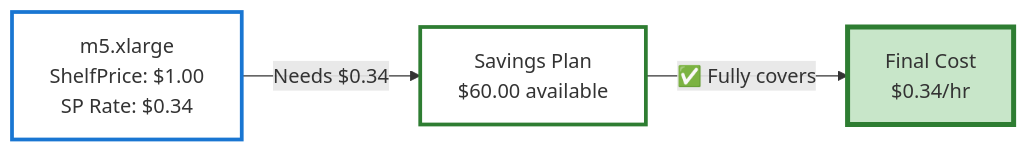
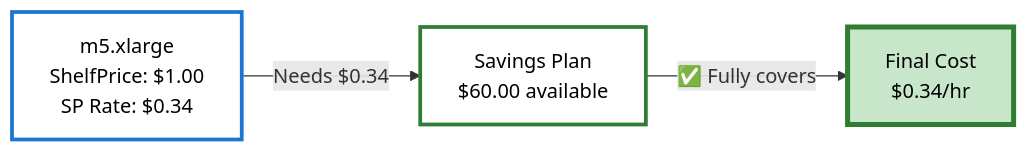
The fourth of 8 diagrams in ALGORITHM.md (Nextdoor/lumina), drawn with Mermaid before and after one commit. The commit also changed other lines of this file, not shown here.

First line of the commit message:
docs(algorithm): apply dark text to all light-colored diagram boxes

````diff
--- a/ALGORITHM.md
+++ b/ALGORITHM.md
@@ -272,13 +272,13 @@
 ```mermaid
 flowchart LR
     I1["m5.xlarge<br/>ShelfPrice: $1.00<br/>SP Rate: $0.34"]
     SP1["Savings Plan<br/>$60.00 available"]
     Result["Final Cost<br/>$0.34/hr"]
 
     I1 -->|"Needs $0.34"| SP1
     SP1 -->|"✅ Fully covers"| Result
 
-    style I1 fill:#fff,stroke:#1976d2,stroke-width:3px
-    style SP1 fill:#fff,stroke:#2e7d32,stroke-width:3px
-    style Result fill:#c8e6c9,stroke:#2e7d32,stroke-width:4px
+    style I1 fill:#fff,stroke:#1976d2,stroke-width:3px,color:#000
+    style SP1 fill:#fff,stroke:#2e7d32,stroke-width:3px,color:#000
+    style Result fill:#c8e6c9,stroke:#2e7d32,stroke-width:4px,color:#000
 ```
````
